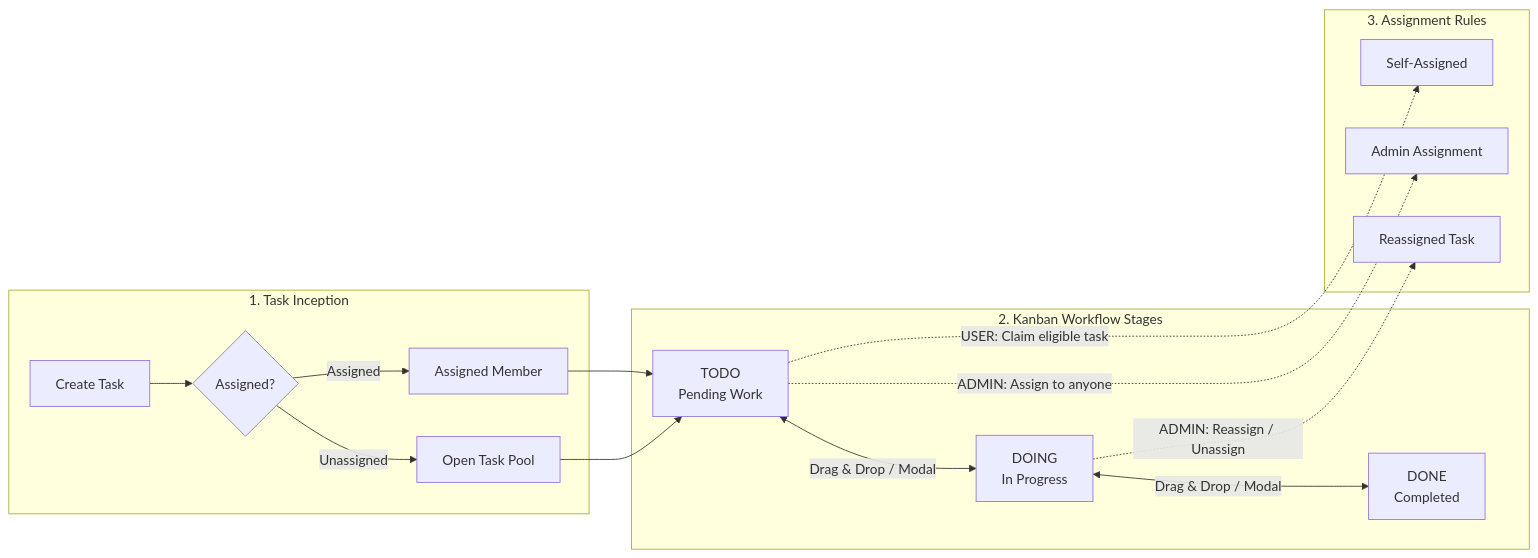
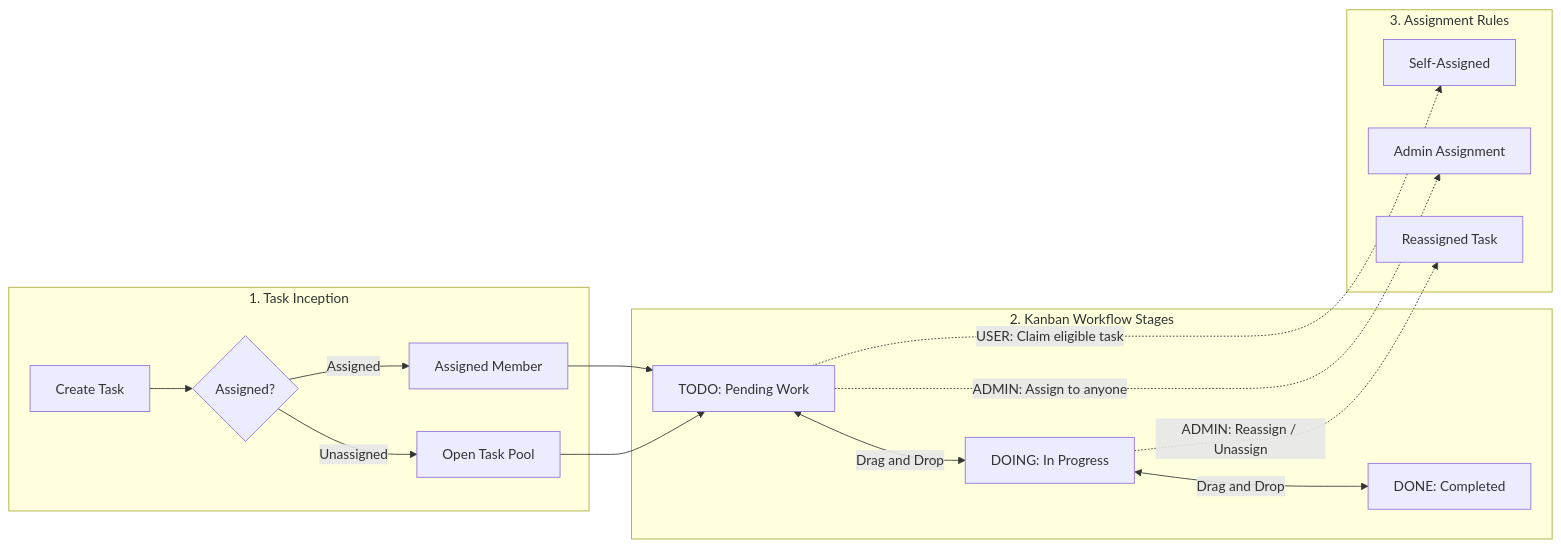
Before and after one commit to dulanga1000/task-management-system: the first of 3 diagrams in README.md, drawn with Mermaid. The commit also changed other lines of this file and 5 other files, not shown here.

````diff
--- a/README.md
+++ b/README.md
@@ -144,21 +144,21 @@
 ```mermaid
 flowchart LR
     subgraph Creation["1. Task Inception"]
-        Create[Create Task] --> CheckAssign{Assigned?}
-        CheckAssign -->|Unassigned| OpenPool[Open Task Pool]
-        CheckAssign -->|Assigned| AssignedState[Assigned Member]
+        Create["Create Task"] --> CheckAssign{"Assigned?"}
+        CheckAssign -->|Unassigned| OpenPool["Open Task Pool"]
+        CheckAssign -->|Assigned| AssignedState["Assigned Member"]
     end
 
     subgraph Stages["2. Kanban Workflow Stages"]
-        OpenPool --> TODO[TODO<br/>Pending Work]
+        OpenPool --> TODO["TODO: Pending Work"]
         AssignedState --> TODO
-        TODO <-->|Drag & Drop / Modal| DOING[DOING<br/>In Progress]
-        DOING <-->|Drag & Drop / Modal| DONE[DONE<br/>Completed]
+        TODO <-->|Drag and Drop| DOING["DOING: In Progress"]
+        DOING <-->|Drag and Drop| DONE["DONE: Completed"]
     end
 
     subgraph Assignment["3. Assignment Rules"]
-        TODO -.->|USER: Claim eligible task| AssignedSelf[Self-Assigned]
-        TODO -.->|ADMIN: Assign to anyone| GlobalAssign[Admin Assignment]
-        DOING -.->|ADMIN: Reassign / Unassign| Reassign[Reassigned Task]
+        TODO -.->|USER: Claim eligible task| AssignedSelf["Self-Assigned"]
+        TODO -.->|ADMIN: Assign to anyone| GlobalAssign["Admin Assignment"]
+        DOING -.->|ADMIN: Reassign / Unassign| Reassign["Reassigned Task"]
     end
 ```
````
